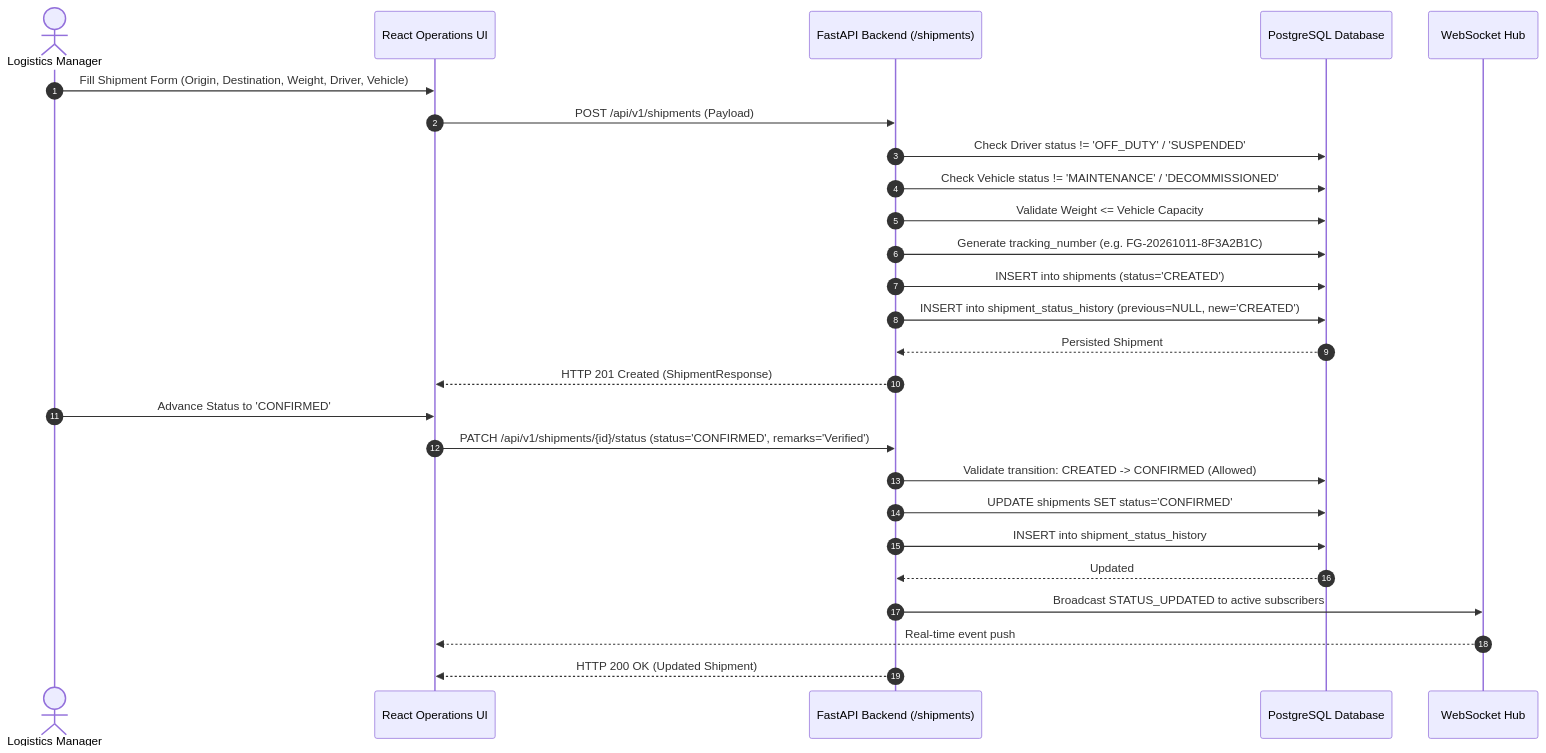
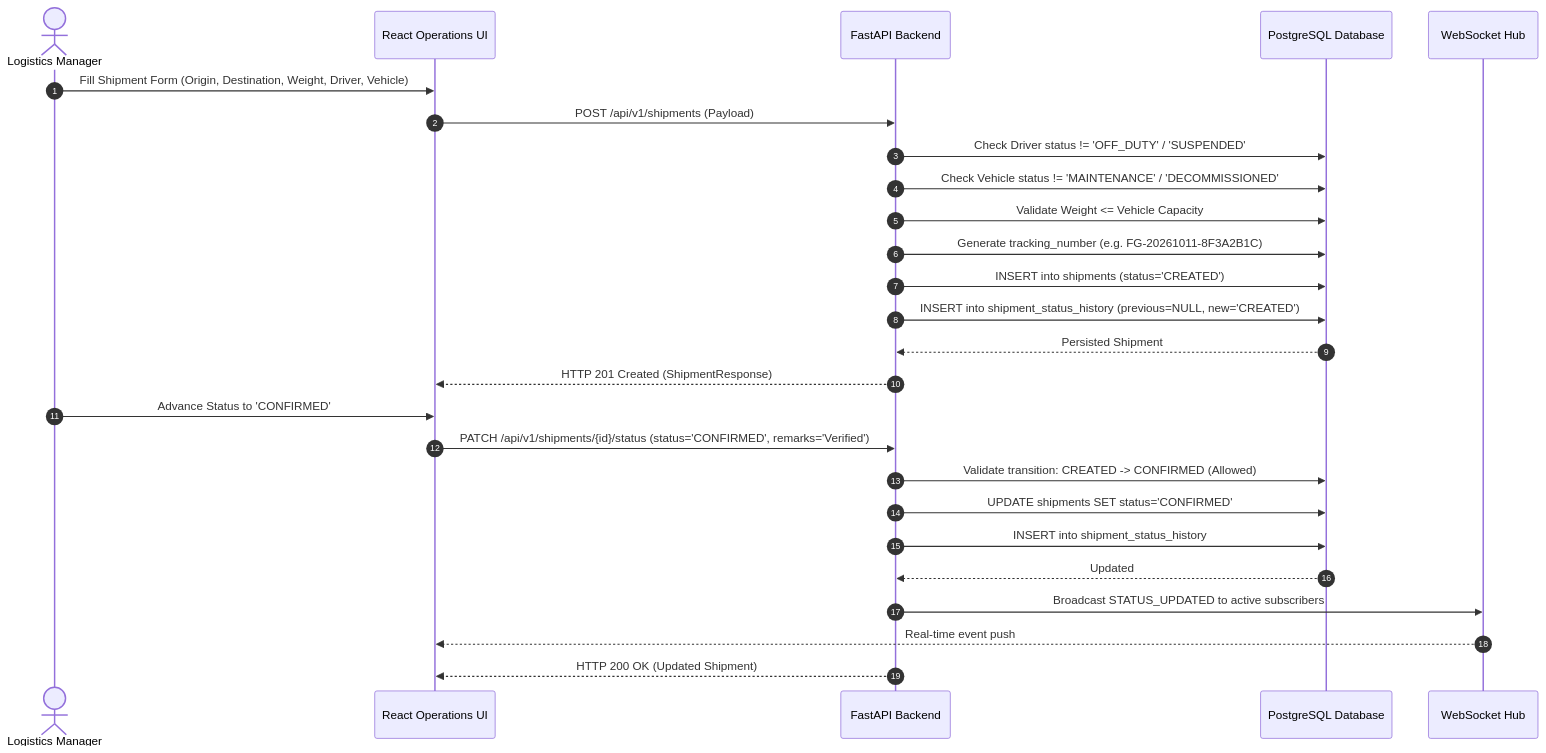
Before and after one commit to sakshishewale01/FlowGrid: the first of 2 diagrams in docs/PRD.md, drawn with Mermaid. The commit also changed other lines of this file and 1 other file, not shown here.

Commit message:
fix(docs): quote Mermaid node labels and format diagram syntax for GitHub rendering

````diff
--- a/docs/PRD.md
+++ b/docs/PRD.md
@@ -150,30 +150,30 @@
 ```mermaid
 sequenceDiagram
     autonumber
     actor Mgr as Logistics Manager
     participant UI as React Operations UI
-    participant API as FastAPI Backend (/shipments)
+    participant API as FastAPI Backend
     participant DB as PostgreSQL Database
     participant WS as WebSocket Hub
 
     Mgr->>UI: Fill Shipment Form (Origin, Destination, Weight, Driver, Vehicle)
     UI->>API: POST /api/v1/shipments (Payload)
     API->>DB: Check Driver status != 'OFF_DUTY' / 'SUSPENDED'
     API->>DB: Check Vehicle status != 'MAINTENANCE' / 'DECOMMISSIONED'
     API->>DB: Validate Weight <= Vehicle Capacity
     API->>DB: Generate tracking_number (e.g. FG-20261011-8F3A2B1C)
     API->>DB: INSERT into shipments (status='CREATED')
     API->>DB: INSERT into shipment_status_history (previous=NULL, new='CREATED')
     DB-->>API: Persisted Shipment
     API-->>UI: HTTP 201 Created (ShipmentResponse)
 
     Mgr->>UI: Advance Status to 'CONFIRMED'
     UI->>API: PATCH /api/v1/shipments/{id}/status (status='CONFIRMED', remarks='Verified')
     API->>DB: Validate transition: CREATED -> CONFIRMED (Allowed)
     API->>DB: UPDATE shipments SET status='CONFIRMED'
     API->>DB: INSERT into shipment_status_history
     DB-->>API: Updated
     API->>WS: Broadcast STATUS_UPDATED to active subscribers
     WS-->>UI: Real-time event push
     API-->>UI: HTTP 200 OK (Updated Shipment)
 ```
````
